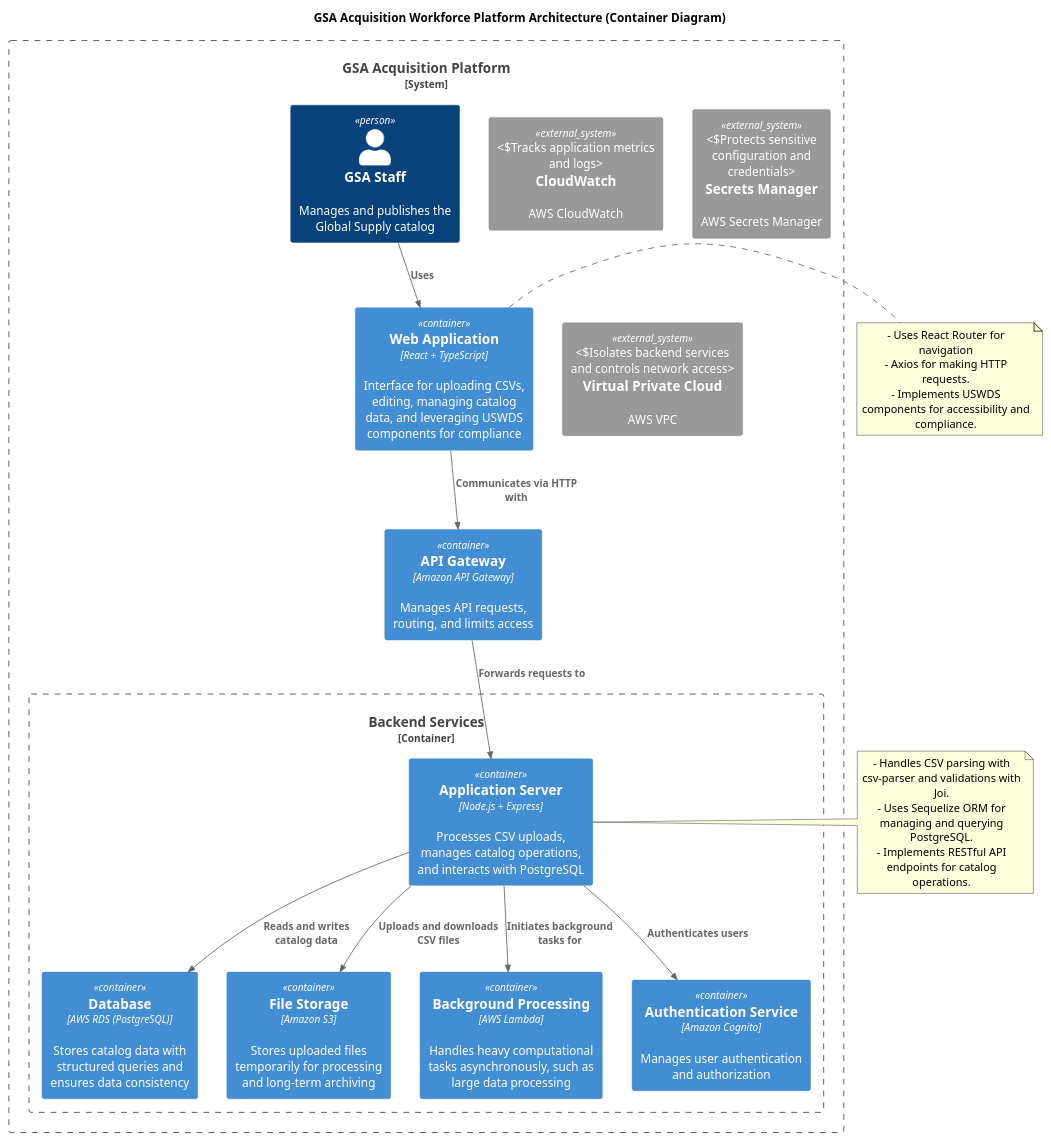
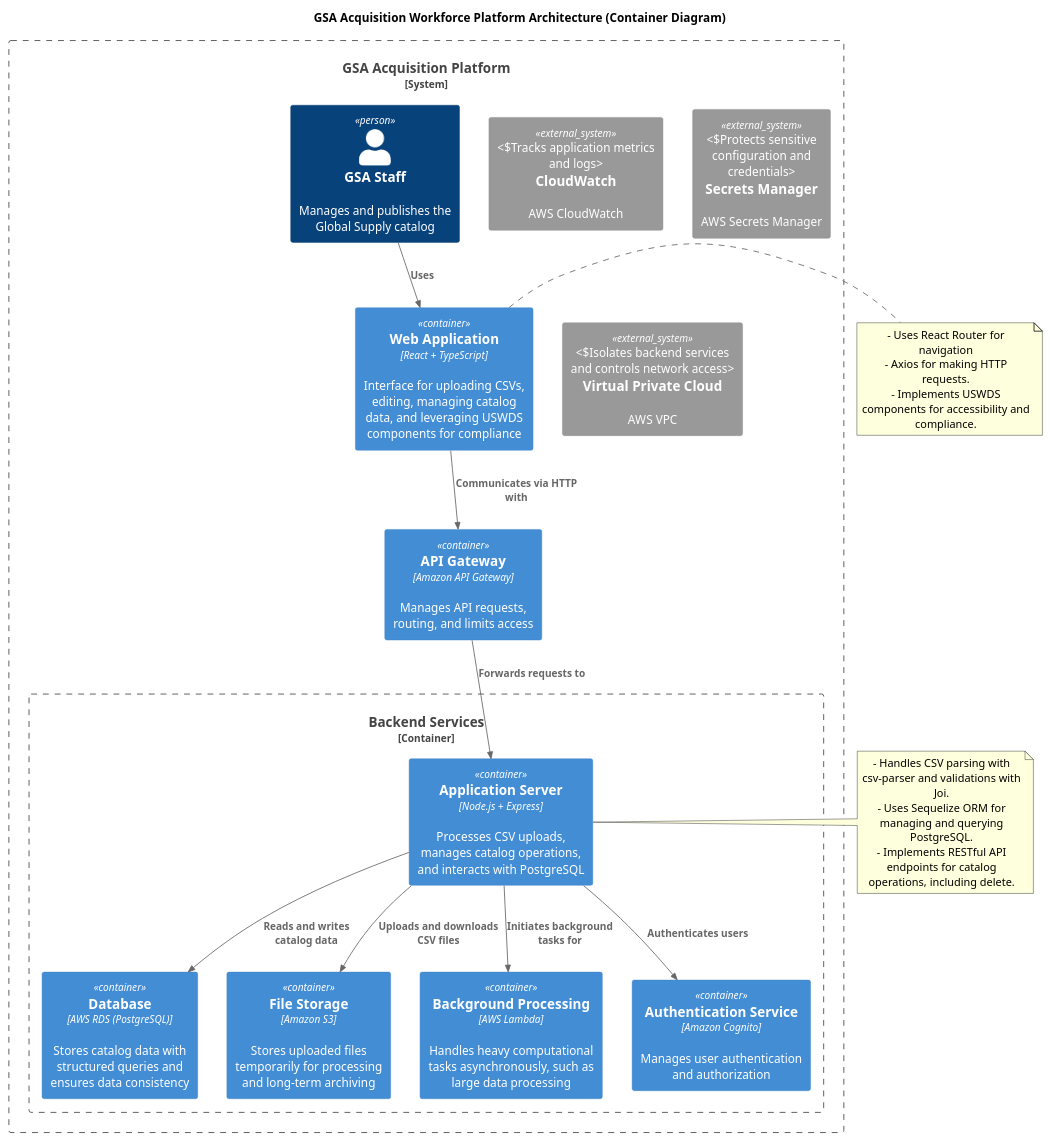
The diagram in solution.md (AathreyaG/reactai-starter), drawn with PlantUML before and after one commit. The commit also changed other lines of this file, not shown here.

````diff
--- a/solution.md
+++ b/solution.md
@@ -5,56 +5,56 @@
 ```plantuml
 @startuml
 !includeurl https://raw.githubusercontent.com/plantuml-stdlib/C4-PlantUML/master/C4_Container.puml
 
 title GSA Acquisition Workforce Platform Architecture (Container Diagram)
 
 System_Boundary(SD_Boundary, "GSA Acquisition Platform") {
     
     ' Clients
     Person(user, "GSA Staff", "Manages and publishes the Global Supply catalog")
 
     ' Frontend
     Container(webApp, "Web Application", "React + TypeScript", "Interface for uploading CSVs, editing, managing catalog data, and leveraging USWDS components for compliance")
 
     ' API Gateway
     Container(apiGateway, "API Gateway", "Amazon API Gateway", "Manages API requests, routing, and limits access")
 
     ' Core Backend Services
     Container_Boundary(Backend, "Backend Services") {
         Container(appServer, "Application Server", "Node.js + Express", "Processes CSV uploads, manages catalog operations, and interacts with PostgreSQL")
         Container(database, "Database", "AWS RDS (PostgreSQL)", "Stores catalog data with structured queries and ensures data consistency")
         Container(fileStorage, "File Storage", "Amazon S3", "Stores uploaded files temporarily for processing and long-term archiving")
         Container(backgroundProcessing, "Background Processing", "AWS Lambda", "Handles heavy computational tasks asynchronously, such as large data processing")
         Container(authService, "Authentication Service", "Amazon Cognito", "Manages user authentication and authorization")
     }
 
     ' Monitoring and Security Services
     System_Ext(cloudwatch, "CloudWatch", "AWS CloudWatch", "Tracks application metrics and logs")
     System_Ext(secretsManager, "Secrets Manager", "AWS Secrets Manager", "Protects sensitive configuration and credentials")
     System_Ext(vpc, "Virtual Private Cloud", "AWS VPC", "Isolates backend services and controls network access")
 
     ' Relationships and Flows
     Rel(user, webApp, "Uses")
     Rel(webApp, apiGateway, "Communicates via HTTP with")
     Rel(apiGateway, appServer, "Forwards requests to")
     Rel(appServer, database, "Reads and writes catalog data")
     Rel(appServer, fileStorage, "Uploads and downloads CSV files")
     Rel(appServer, backgroundProcessing, "Initiates background tasks for")
     Rel(appServer, authService, "Authenticates users")
 }
 
 ' Notes for additional context
 note right of webApp
 - Uses React Router for navigation
 - Axios for making HTTP requests.
 - Implements USWDS components for accessibility and compliance.
 end note
 
 note right of appServer
 - Handles CSV parsing with csv-parser and validations with Joi.
 - Uses Sequelize ORM for managing and querying PostgreSQL.
-- Implements RESTful API endpoints for catalog operations.
+- Implements RESTful API endpoints for catalog operations, including delete.
 end note
 
 @enduml
 ```
````
